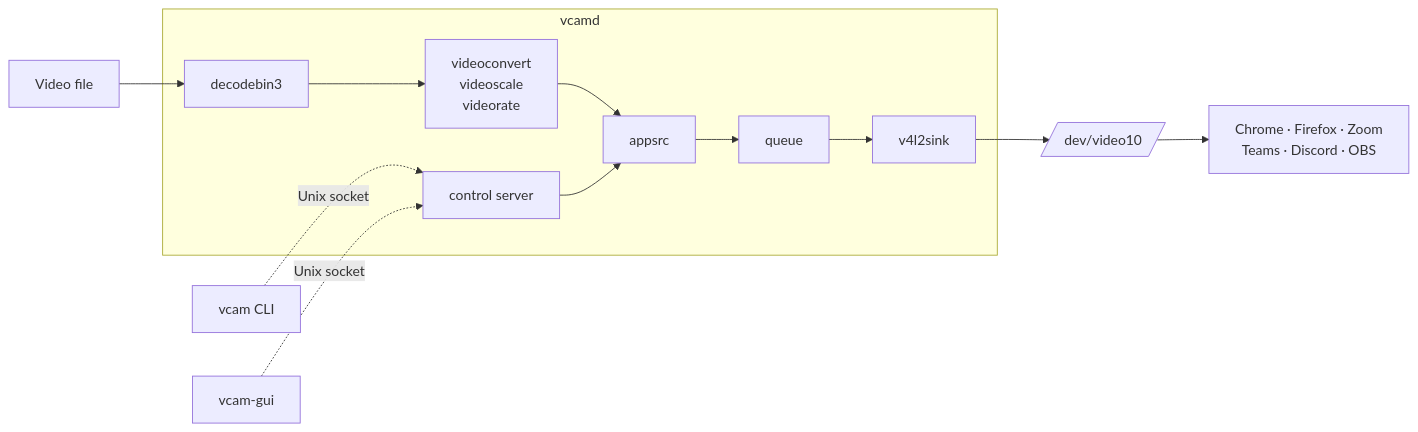
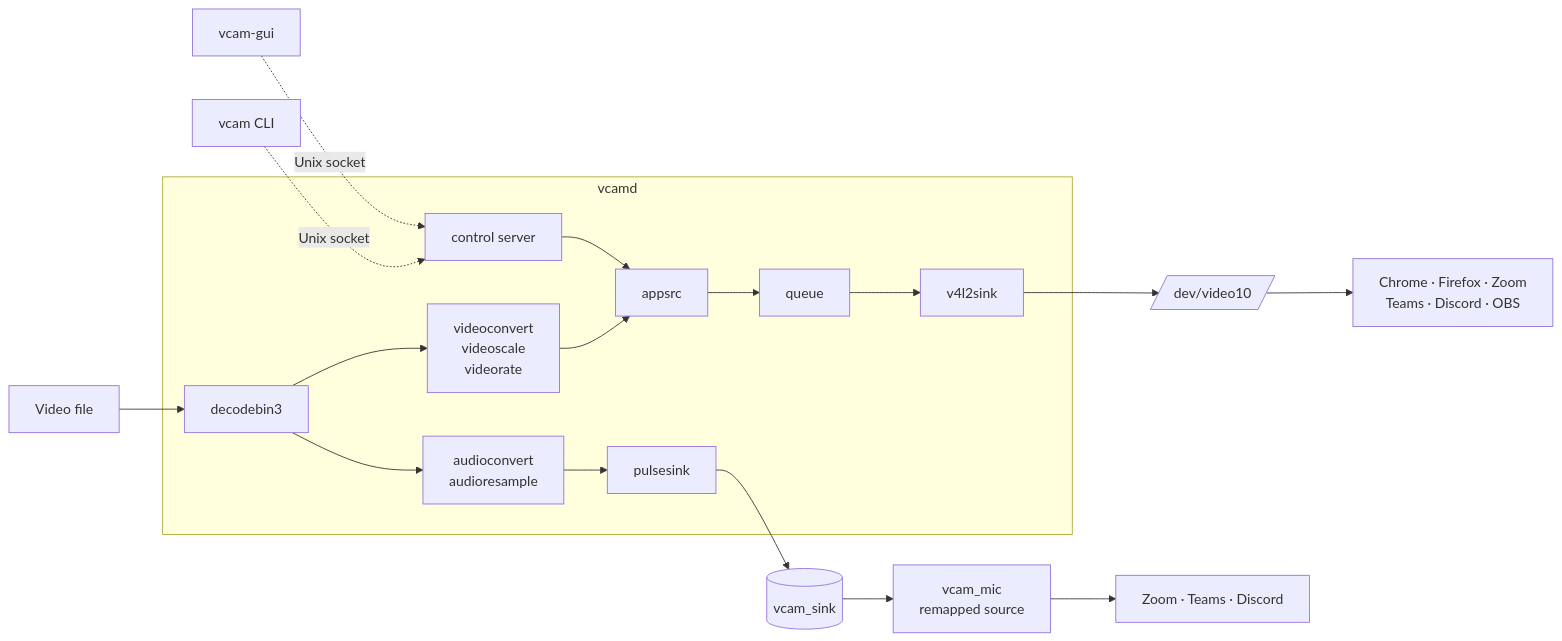
One commit to ArchDityaa/vcam changed the diagram in README.md. Above: the diagram before and after it, drawn with Mermaid. The commit also changed other lines of this file and 26 other files, not shown here.

````diff
--- a/README.md
+++ b/README.md
@@ -291,23 +350,31 @@
 ```mermaid
 flowchart LR
     file[Video file] --> dec[decodebin3]
     dec --> conv[videoconvert<br/>videoscale<br/>videorate]
     conv --> src[appsrc]
     src --> queue[queue]
     queue --> sink[v4l2sink]
     sink --> dev[/dev/video10/]
     dev --> apps[Chrome · Firefox · Zoom<br/>Teams · Discord · OBS]
+
+    dec --> aconv[audioconvert<br/>audioresample]
+    aconv --> asink[pulsesink]
+    asink --> nullsink[(vcam_sink)]
+    nullsink --> mic[vcam_mic<br/>remapped source]
+    mic --> callapps[Zoom · Teams · Discord]
 
     cli[vcam CLI] -. Unix socket .-> ctl[control server]
     gui[vcam-gui] -. Unix socket .-> ctl
     ctl --> src
 
     subgraph vcamd [vcamd]
         dec
         conv
         src
         queue
         sink
+        aconv
+        asink
         ctl
     end
 ```
````
